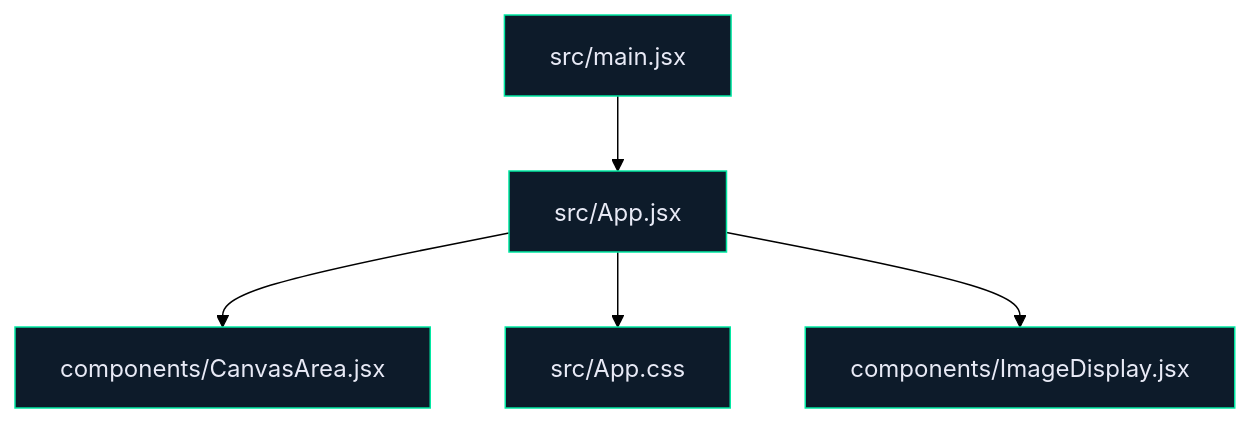
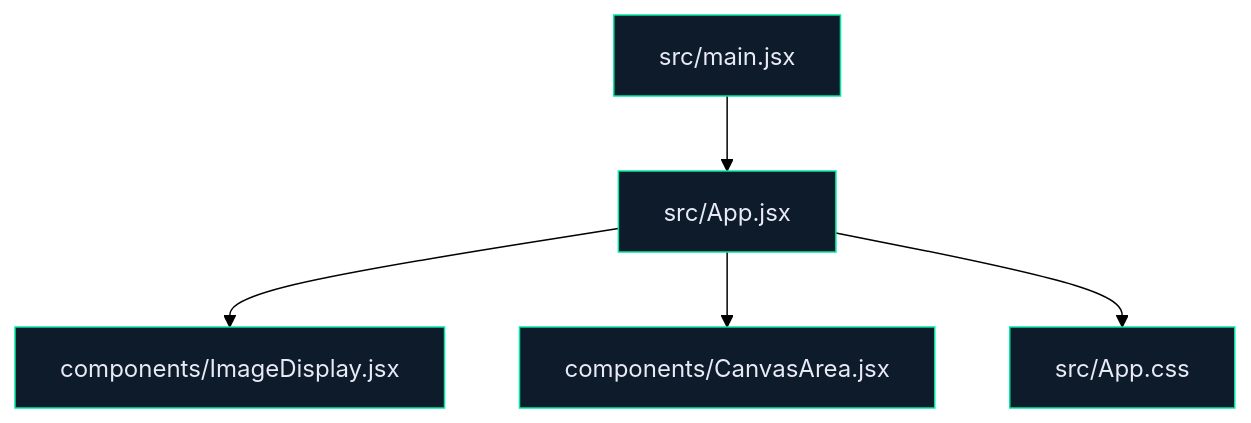
Before and after one commit to ArifRahaman/frontend_msk: the diagram in README.md, drawn with Mermaid (forest theme). The commit also changed other lines of this file, not shown here.

````diff
--- a/README.md
+++ b/README.md
@@ -66,22 +66,22 @@
 ```mermaid
 flowchart TD
     src_App_css["src/App.css"]
     src_App_jsx["src/App.jsx"]
     src_components_CanvasArea_jsx["components/CanvasArea.jsx"]
     src_components_ImageDisplay_jsx["components/ImageDisplay.jsx"]
     src_main_jsx["src/main.jsx"]
 
+    src_main_jsx --> src_App_jsx
+    src_App_jsx --> src_components_ImageDisplay_jsx
     src_App_jsx --> src_components_CanvasArea_jsx
     src_App_jsx --> src_App_css
-    src_App_jsx --> src_components_ImageDisplay_jsx
-    src_main_jsx --> src_App_jsx
 
     classDef backend fill:#1a1a2e,stroke:#7c6cf8,color:#e8eaf6
     classDef frontend fill:#0d1b2a,stroke:#00e8a2,color:#e8eaf6
     classDef config fill:#1a0a0a,stroke:#f5a623,color:#e8eaf6
     class src_App_css frontend
     class src_App_jsx frontend
     class src_components_CanvasArea_jsx frontend
     class src_components_ImageDisplay_jsx frontend
     class src_main_jsx frontend
 ```
````
